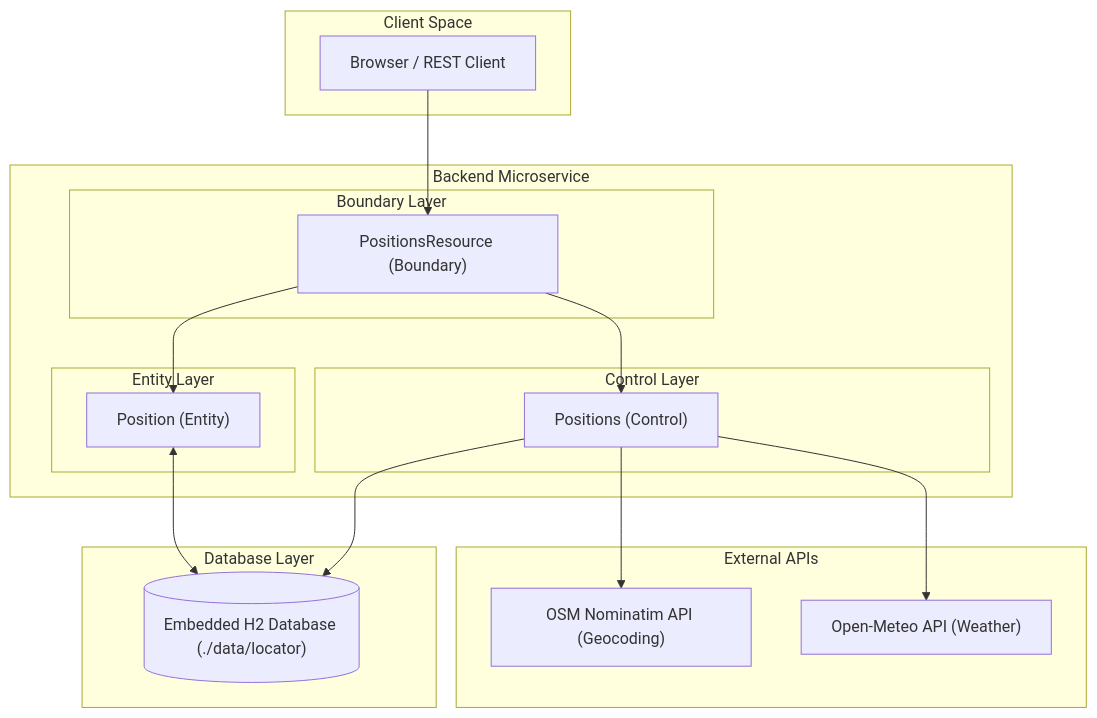
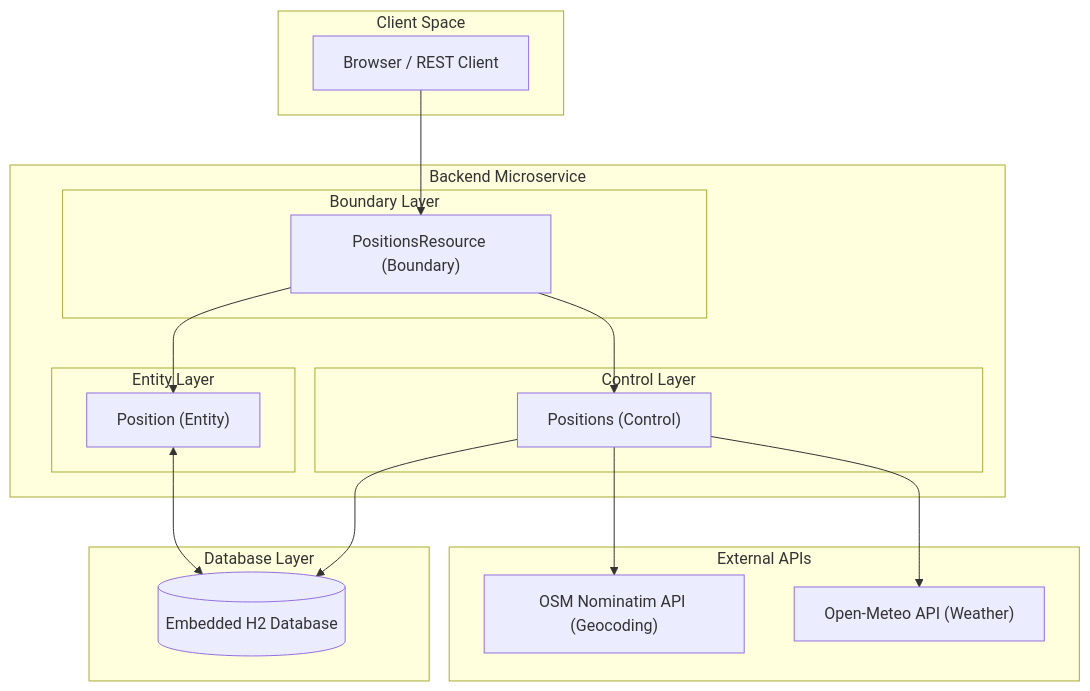
The second of 2 diagrams in README.md (g0untlet/locate.me), drawn with Mermaid before and after one commit. The commit also changed 5 other files, not shown here.

````diff
--- a/README.md
+++ b/README.md
@@ -139,37 +139,37 @@
 ```mermaid
 graph TD
     subgraph ClientSpace [Client Space]
         Browser[Browser / REST Client]
     end
 
     subgraph BackendMicroservice [Backend Microservice]
         subgraph BoundaryLayer [Boundary Layer]
             Resource["PositionsResource (Boundary)"]
         end
 
         subgraph ControlLayer [Control Layer]
             Control["Positions (Control)"]
         end
 
         subgraph EntityLayer [Entity Layer]
-            Entity["Position (Entity)"]
+            EntityNode["Position (Entity)"]
         end
     end
 
     subgraph ExternalAPIs [External APIs]
         Nominatim["OSM Nominatim API (Geocoding)"]
         OpenMeteo["Open-Meteo API (Weather)"]
     end
 
     subgraph DatabaseLayer [Database Layer]
-        DB[("Embedded H2 Database (./data/locator)")]
+        DB[("Embedded H2 Database")]
     end
 
     Browser --> Resource
-    Resource --> Entity
+    Resource --> EntityNode
     Resource --> Control
     Control --> DB
     Control --> Nominatim
     Control --> OpenMeteo
-    Entity <--> DB
+    EntityNode <--> DB
 ```
````
